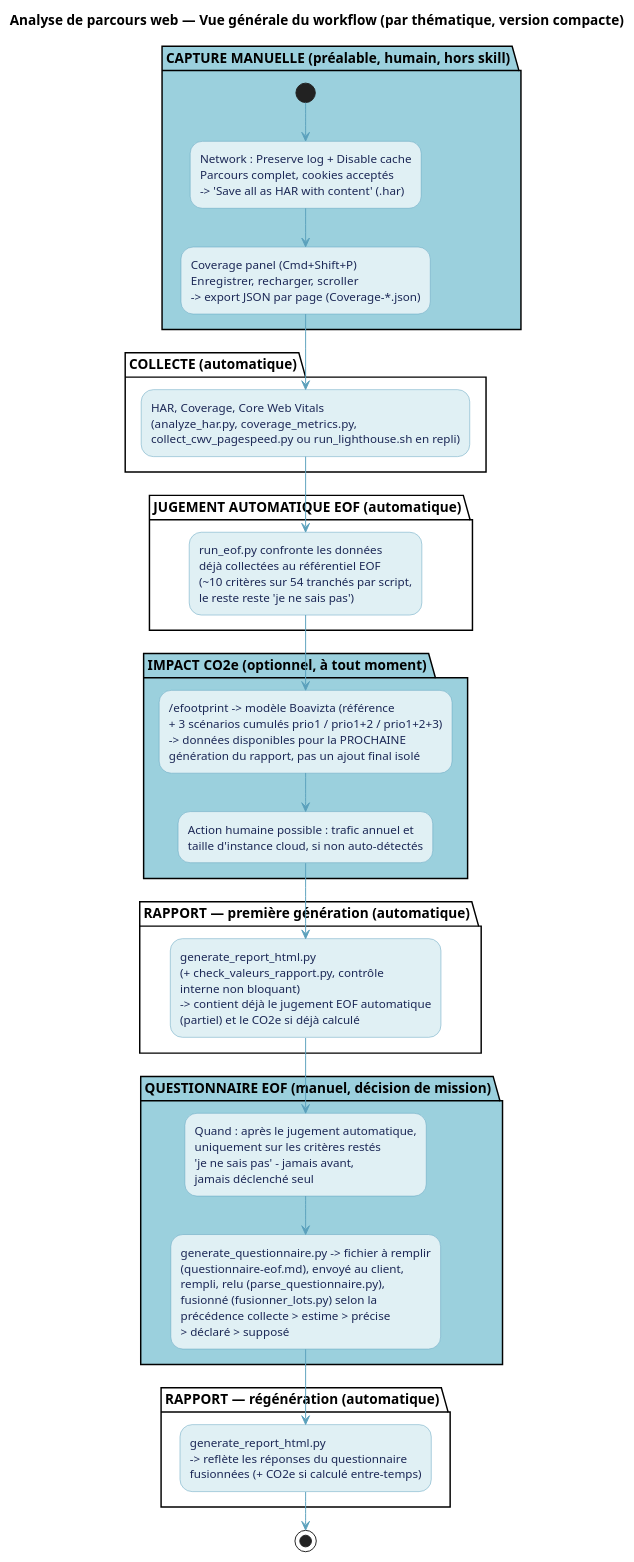
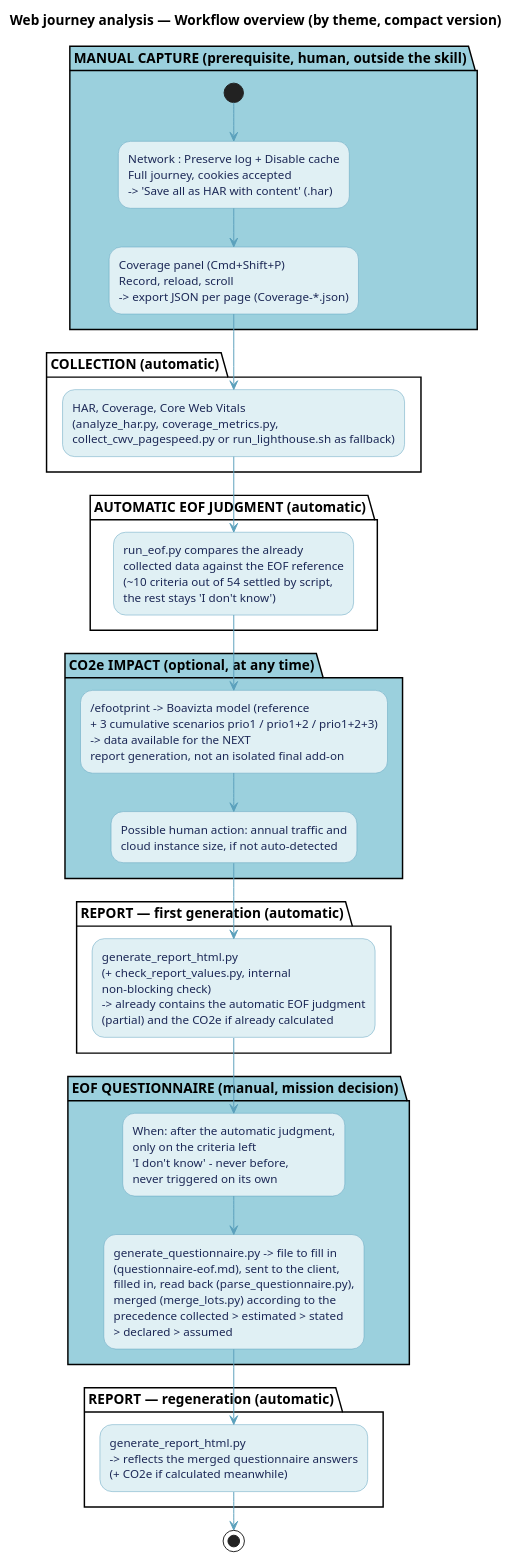
The diagram in documentation/diagrammes/analyse-parcours-vue-generale-horizontal-light.puml (Boavizta/eroom), drawn with PlantUML before and after one commit. The commit also changed 228 other files, not shown here.

```diff
--- a/documentation/diagrammes/analyse-parcours-vue-generale-horizontal-light.puml
+++ b/documentation/diagrammes/analyse-parcours-vue-generale-horizontal-light.puml
@@ -1,61 +1,61 @@
 @startuml analyse-parcours-vue-generale-horizontal-light
-' NE PAS regenerer le .svg/.pdf de ce diagramme avec `plantuml -tsvg` : ce
-' fichier documente uniquement le CONTENU (textes, ordre logique). Le rendu
-' reel (2 colonnes, RAPPORT aligne en haut avec COLLECTE, connecteur en U) est
-' construit a la main dans le .svg du meme nom - PlantUML (activity beta) ne
-' sait pas produire cette disposition sans inverser l'ordre des colonnes
-' (teste le 2026-09-16, 5 approches differentes, meme limite chaque fois).
-' Si le contenu change ici, reporter le meme changement de texte dans le .svg.
-' Procedure de capture manuelle detaillee (bloc CAPTURE MANUELLE ci-dessous) :
-' .claude/skills/analyse-parcours/docs/capturer-har-et-coverage.md
-title Analyse de parcours web — Vue générale du workflow (par thématique, version compacte)
+' DO NOT regenerate the .svg/.pdf of this diagram with `plantuml -tsvg`: this
+' file only documents the CONTENT (texts, logical order). The real rendering
+' (2 columns, REPORT aligned at the top with COLLECTION, U-shaped connector) is
+' hand-built in the .svg of the same name - PlantUML (activity beta) cannot
+' produce this layout without inverting the column order
+' (tested on 2026-09-16, 5 different approaches, same limit every time).
+' If the content changes here, port the same text change into the .svg.
+' Detailed manual capture procedure (MANUAL CAPTURE block below):
+' .claude/skills/analyse-parcours/docs/capture-har-and-coverage.md
+title Web journey analysis — Workflow overview (by theme, compact version)
 
 skinparam backgroundColor #FFFFFF
 skinparam activity {
   BackgroundColor #E0F0F4
   BorderColor #5BA1BC
   FontColor #1C2856
   DiamondBackgroundColor #E0F0F4
   DiamondBorderColor #5BA1BC
 }
 skinparam ArrowColor #5BA1BC
 skinparam ActivityBarColor #5BA1BC
 skinparam NoteBackgroundColor #E0F0F4
 skinparam NoteBorderColor #9BD0DD
 skinparam PartitionBackgroundColor #ECECF2
 skinparam PartitionBorderColor #5BA1BC
 
-partition "**CAPTURE MANUELLE** (préalable, humain, hors skill)" #9BD0DD {
-  (*) --> "Network : Preserve log + Disable cache\nParcours complet, cookies acceptés\n-> 'Save all as HAR with content' (.har)" as M1
-  M1 -down-> "Coverage panel (Cmd+Shift+P)\nEnregistrer, recharger, scroller\n-> export JSON par page (Coverage-*.json)" as M2
+partition "**MANUAL CAPTURE** (prerequisite, human, outside the skill)" #9BD0DD {
+  (*) --> "Network : Preserve log + Disable cache\nFull journey, cookies accepted\n-> 'Save all as HAR with content' (.har)" as M1
+  M1 -down-> "Coverage panel (Cmd+Shift+P)\nRecord, reload, scroll\n-> export JSON per page (Coverage-*.json)" as M2
 }
 
-partition "**COLLECTE** (automatique)" {
-  M2 -down-> "HAR, Coverage, Core Web Vitals\n(analyze_har.py, coverage_metrics.py,\ncollect_cwv_pagespeed.py ou run_lighthouse.sh en repli)" as C1
+partition "**COLLECTION** (automatic)" {
+  M2 -down-> "HAR, Coverage, Core Web Vitals\n(analyze_har.py, coverage_metrics.py,\ncollect_cwv_pagespeed.py or run_lighthouse.sh as fallback)" as C1
 }
 
-partition "**JUGEMENT AUTOMATIQUE EOF** (automatique)" {
-  C1 -down-> "run_eof.py confronte les données\ndéjà collectées au référentiel EOF\n(~10 critères sur 54 tranchés par script,\nle reste reste 'je ne sais pas')" as J1
+partition "**AUTOMATIC EOF JUDGMENT** (automatic)" {
+  C1 -down-> "run_eof.py compares the already\ncollected data against the EOF reference\n(~10 criteria out of 54 settled by script,\nthe rest stays 'I don't know')" as J1
 }
 
-partition "**IMPACT CO2e** (optionnel, à tout moment)" #9BD0DD {
-  J1 -down-> "/efootprint -> modèle Boavizta (référence\n+ 3 scénarios cumulés prio1 / prio1+2 / prio1+2+3)\n-> données disponibles pour la PROCHAINE\ngénération du rapport, pas un ajout final isolé" as I1
-  I1 -down-> "Action humaine possible : trafic annuel et\ntaille d'instance cloud, si non auto-détectés" as I2
+partition "**CO2e IMPACT** (optional, at any time)" #9BD0DD {
+  J1 -down-> "/efootprint -> Boavizta model (reference\n+ 3 cumulative scenarios prio1 / prio1+2 / prio1+2+3)\n-> data available for the NEXT\nreport generation, not an isolated final add-on" as I1
+  I1 -down-> "Possible human action: annual traffic and\ncloud instance size, if not auto-detected" as I2
 }
 
-partition "**RAPPORT — première génération** (automatique)" {
-  I2 -down-> "generate_report_html.py\n(+ check_valeurs_rapport.py, contrôle\ninterne non bloquant)\n-> contient déjà le jugement EOF automatique\n(partiel) et le CO2e si déjà calculé" as R1
+partition "**REPORT — first generation** (automatic)" {
+  I2 -down-> "generate_report_html.py\n(+ check_report_values.py, internal\nnon-blocking check)\n-> already contains the automatic EOF judgment\n(partial) and the CO2e if already calculated" as R1
 }
 
-partition "**QUESTIONNAIRE EOF** (manuel, décision de mission)" #9BD0DD {
-  R1 -down-> "Quand : après le jugement automatique,\nuniquement sur les critères restés\n'je ne sais pas' - jamais avant,\njamais déclenché seul" as Q1
-  Q1 -down-> "generate_questionnaire.py -> fichier à remplir\n(questionnaire-eof.md), envoyé au client,\nrempli, relu (parse_questionnaire.py),\nfusionné (fusionner_lots.py) selon la\nprécédence collecte > estime > précise\n> déclaré > supposé" as Q2
+partition "**EOF QUESTIONNAIRE** (manual, mission decision)" #9BD0DD {
+  R1 -down-> "When: after the automatic judgment,\nonly on the criteria left\n'I don't know' - never before,\nnever triggered on its own" as Q1
+  Q1 -down-> "generate_questionnaire.py -> file to fill in\n(questionnaire-eof.md), sent to the client,\nfilled in, read back (parse_questionnaire.py),\nmerged (merge_lots.py) according to the\nprecedence collected > estimated > stated\n> declared > assumed" as Q2
 }
 
-partition "**RAPPORT — régénération** (automatique)" {
-  Q2 -down-> "generate_report_html.py\n-> reflète les réponses du questionnaire\nfusionnées (+ CO2e si calculé entre-temps)" as R2
+partition "**REPORT — regeneration** (automatic)" {
+  Q2 -down-> "generate_report_html.py\n-> reflects the merged questionnaire answers\n(+ CO2e if calculated meanwhile)" as R2
 }
 
 R2 --> (*)
 
 @enduml
```
